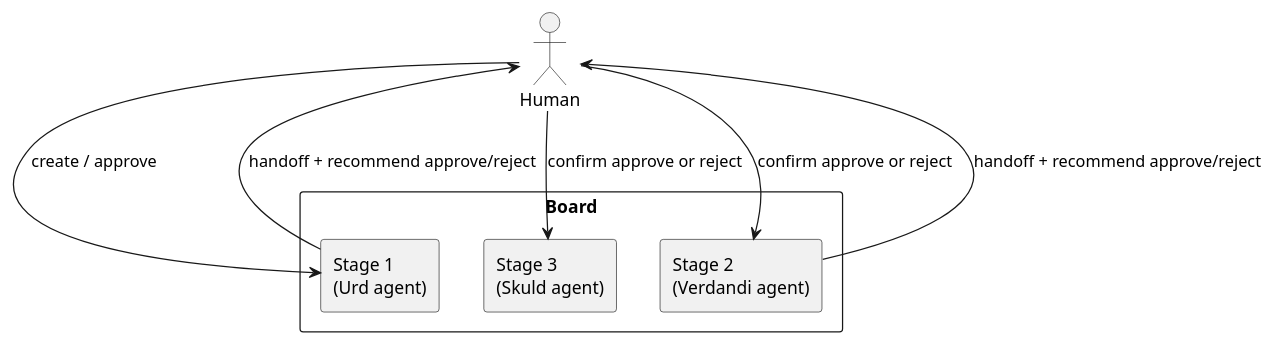
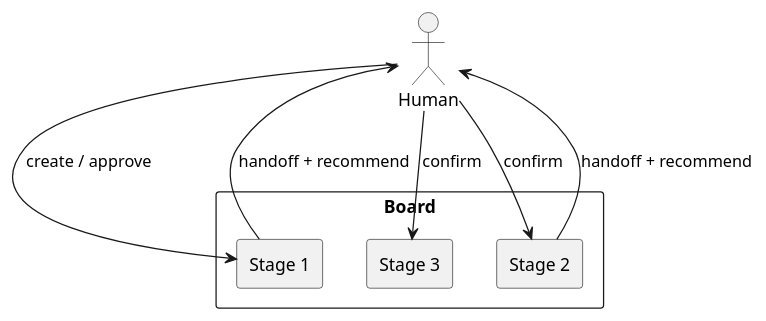
One commit to YanChao1999/Norns changed the diagram in README.md. Above: the diagram before and after it, drawn with PlantUML. The commit also changed other lines of this file and 18 other files, not shown here.

````diff
--- a/README.md
+++ b/README.md
@@ -19,16 +48,16 @@
 ```plantuml
 @startuml
 skinparam monochrome true
 actor Human
 rectangle Board {
-  rectangle "Stage 1\n(Urd agent)" as S1
-  rectangle "Stage 2\n(Verdandi agent)" as S2
-  rectangle "Stage 3\n(Skuld agent)" as S3
+  rectangle "Stage 1" as S1
+  rectangle "Stage 2" as S2
+  rectangle "Stage 3" as S3
 }
 Human --> S1 : create / approve
-S1 --> Human : handoff + recommend approve/reject
-Human --> S2 : confirm approve or reject
-S2 --> Human : handoff + recommend approve/reject
-Human --> S3 : confirm approve or reject
+S1 --> Human : handoff + recommend
+Human --> S2 : confirm
+S2 --> Human : handoff + recommend
+Human --> S3 : confirm
 @enduml
 ```
````
